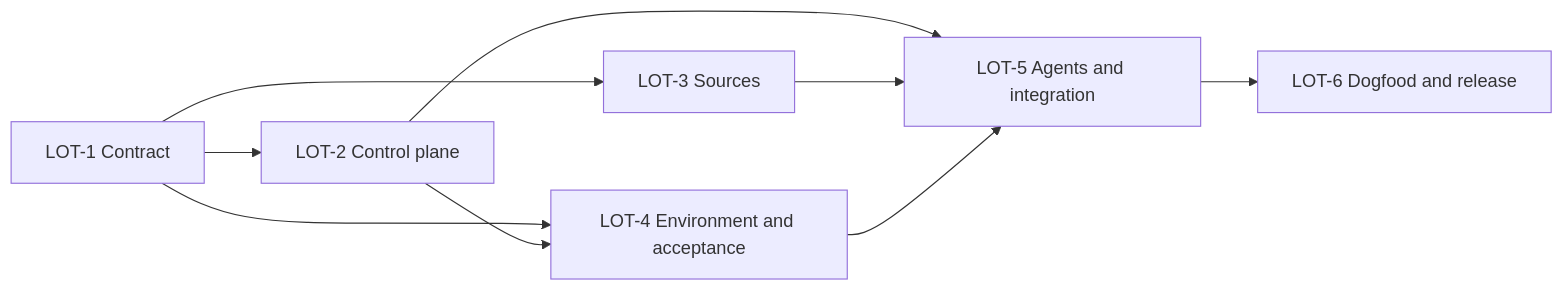
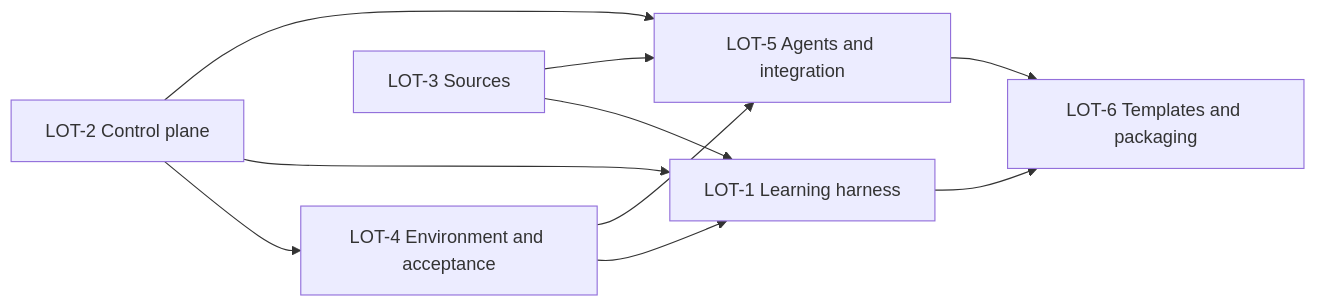
Before and after one commit to benjamin-blanchet/application-corpus-agent-pack: the diagram in doc/spec/1.2.0/software-factory-v3/TECHNICAL_PLAN.md, drawn with Mermaid. The commit also changed other lines of this file and 191 other files, not shown here.

````diff
--- a/doc/spec/1.2.0/software-factory-v3/TECHNICAL_PLAN.md
+++ b/doc/spec/1.2.0/software-factory-v3/TECHNICAL_PLAN.md
@@ -26,11 +26,12 @@
 ```mermaid
 graph LR
-  L1[LOT-1 Contract] --> L2[LOT-2 Control plane]
-  L1 --> L3[LOT-3 Sources]
-  L1 --> L4[LOT-4 Environment and acceptance]
-  L2 --> L4
+  L2[LOT-2 Control plane] --> L4[LOT-4 Environment and acceptance]
+  L2 --> L1[LOT-1 Learning harness]
+  L3[LOT-3 Sources] --> L1
+  L4 --> L1
   L2 --> L5[LOT-5 Agents and integration]
   L3 --> L5
   L4 --> L5
-  L5 --> L6[LOT-6 Dogfood and release]
+  L1 --> L6[LOT-6 Templates and packaging]
+  L5 --> L6
 ```
````
